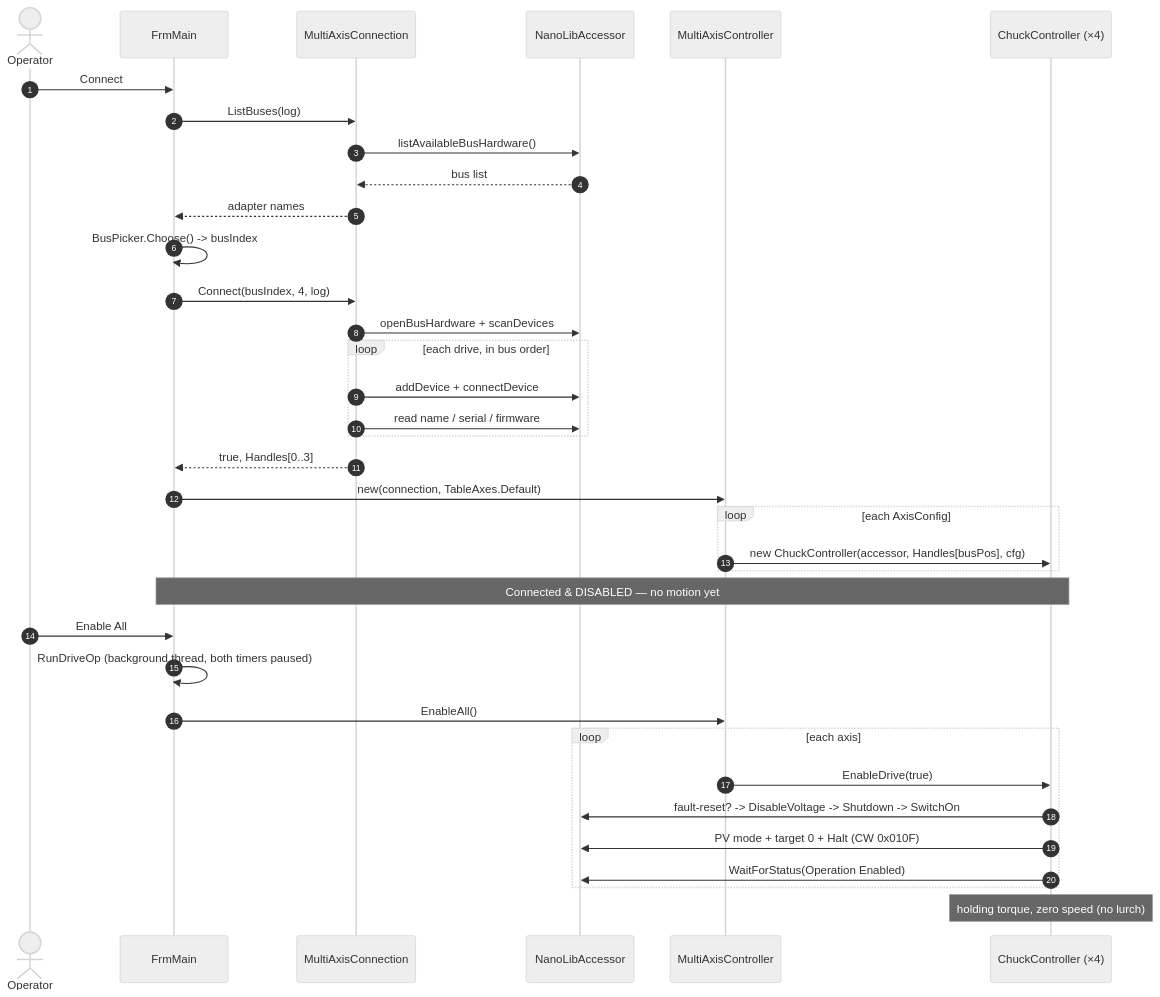
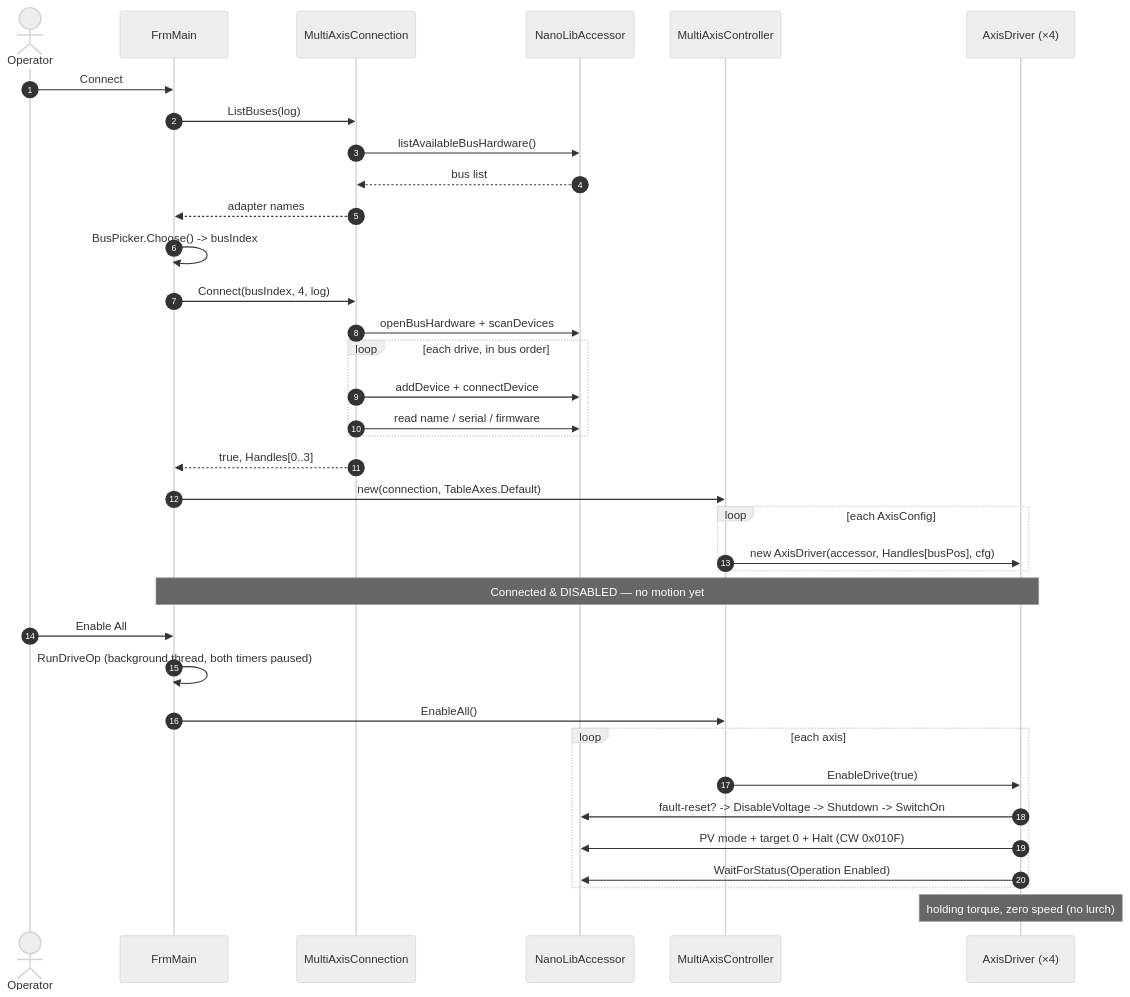
The fourth of 6 diagrams in Developer Guide/README.md (alexanderYaw/nanotec-controller), drawn with Mermaid (neutral theme) before and after one commit. The commit also changed other lines of this file and 1 other file, not shown here.

````diff
--- a/Developer Guide/README.md
+++ b/Developer Guide/README.md
@@ -807,40 +826,40 @@
 ```mermaid
 sequenceDiagram
     autonumber
     actor U as Operator
     participant F as FrmMain
     participant C as MultiAxisConnection
     participant A as NanoLibAccessor
     participant M as MultiAxisController
-    participant D as ChuckController (×4)
+    participant D as AxisDriver (×4)
 
     U->>F: Connect
     F->>C: ListBuses(log)
     C->>A: listAvailableBusHardware()
     A-->>C: bus list
     C-->>F: adapter names
     F->>F: BusPicker.Choose() -> busIndex
     F->>C: Connect(busIndex, 4, log)
     C->>A: openBusHardware + scanDevices
     loop each drive, in bus order
         C->>A: addDevice + connectDevice
         C->>A: read name / serial / firmware
     end
     C-->>F: true, Handles[0..3]
     F->>M: new(connection, TableAxes.Default)
     loop each AxisConfig
-        M->>D: new ChuckController(accessor, Handles[busPos], cfg)
+        M->>D: new AxisDriver(accessor, Handles[busPos], cfg)
     end
     Note over F,D: Connected & DISABLED — no motion yet
 
     U->>F: Enable All
     F->>F: RunDriveOp (background thread, both timers paused)
     F->>M: EnableAll()
     loop each axis
         M->>D: EnableDrive(true)
         D->>A: fault-reset? -> DisableVoltage -> Shutdown -> SwitchOn
         D->>A: PV mode + target 0 + Halt (CW 0x010F)
         D->>A: WaitForStatus(Operation Enabled)
     end
     Note over D: holding torque, zero speed (no lurch)
 ```
````
